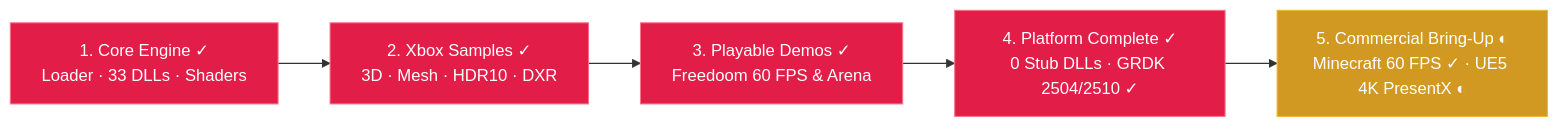
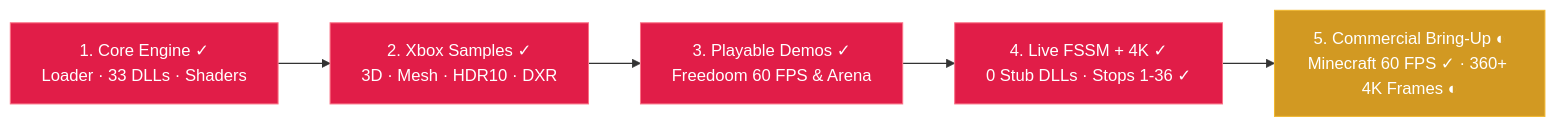
Before and after one commit to HFASLTO117/OpenScarlett: the first of 2 diagrams in README.md, drawn with Mermaid. The commit also changed other lines of this file and 3 other files, not shown here.

Commit message:
docs(readme,status): document GRDK 2504/2510 Stops 1-36, live FSSM v5/v6 RDNA2 PSO lifting, 256MB VA aliasing heap (360+ 4K frames) & HW reports #45-#47 (15 PCs)

````diff
--- a/README.md
+++ b/README.md
@@ -38,13 +41,13 @@
 ```mermaid
 flowchart LR
     S1["1. Core Engine ✓\nLoader · 33 DLLs · Shaders"] --> S2["2. Xbox Samples ✓\n3D · Mesh · HDR10 · DXR"]
     S2 --> S3["3. Playable Demos ✓\nFreedoom 60 FPS & Arena"]
-    S3 --> S4["4. Platform Complete ✓\n0 Stub DLLs · GRDK 2504/2510 ✓"]
-    S4 --> S5["5. Commercial Bring-Up ◐\nMinecraft 60 FPS ✓ · UE5 4K PresentX ◐"]
+    S3 --> S4["4. Live FSSM + 4K ✓\n0 Stub DLLs · Stops 1-36 ✓"]
+    S4 --> S5["5. Commercial Bring-Up ◐\nMinecraft 60 FPS ✓ · 360+ 4K Frames ◐"]
 
     style S1 fill:#e11d48,stroke:#fb7185,color:#ffffff
     style S2 fill:#e11d48,stroke:#fb7185,color:#ffffff
     style S3 fill:#e11d48,stroke:#fb7185,color:#ffffff
     style S4 fill:#e11d48,stroke:#fb7185,color:#ffffff
     style S5 fill:#d29922,stroke:#f0b72f,color:#ffffff
 ```
````
